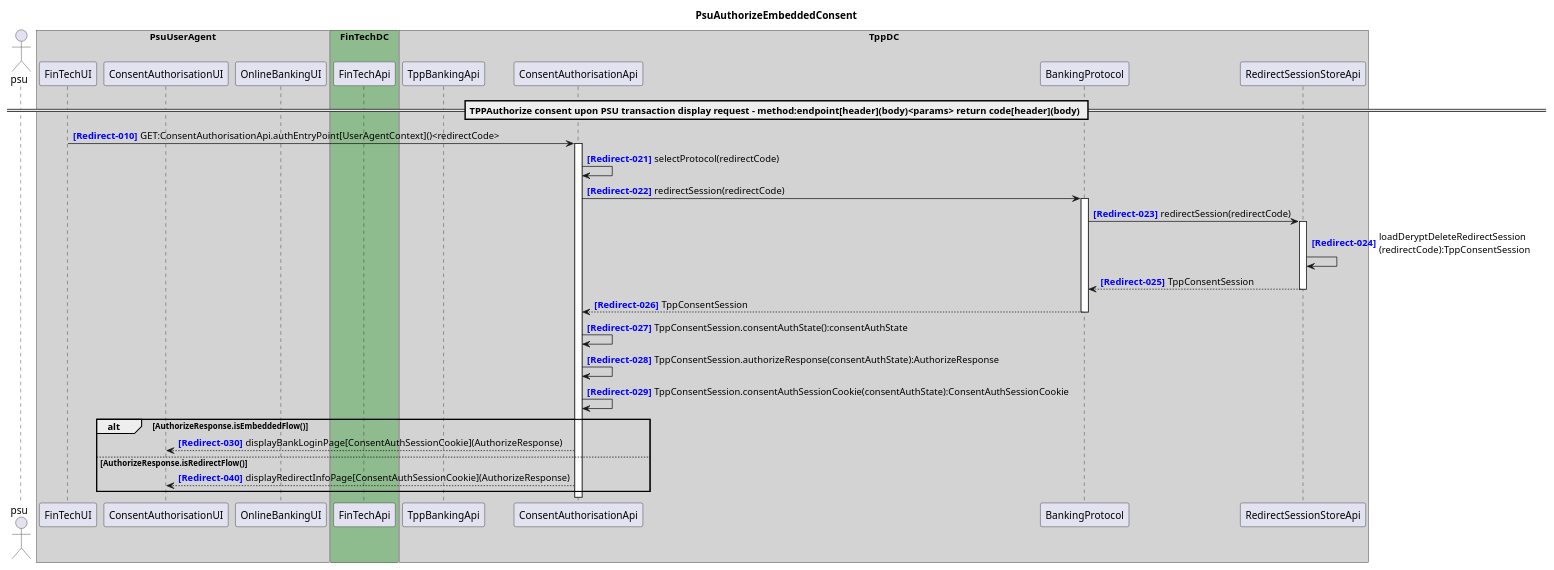
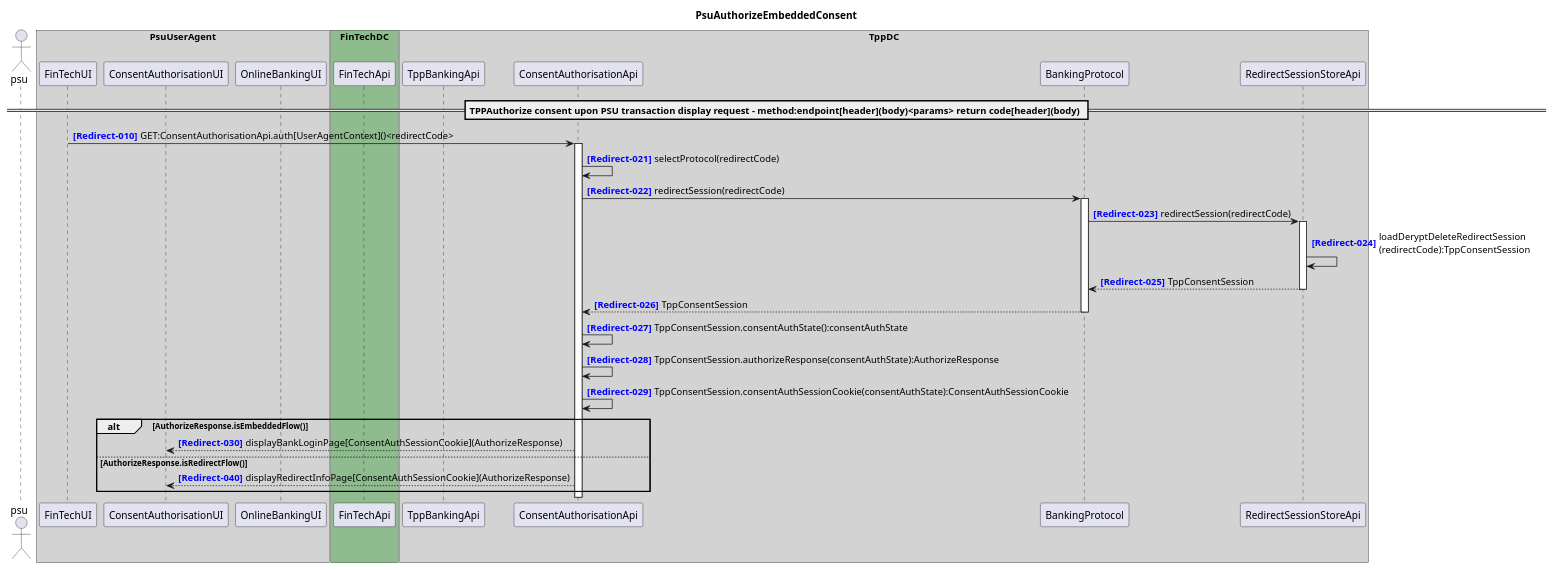
Before and after one commit to adorsys/open-banking-gateway: the diagram in docs/architecture/diagrams/useCases/5-redirectPsuToConsentAPI.puml, drawn with PlantUML. The commit also changed 8 other files, not shown here.

Commit message:
SYnchronized api definition and sequence diagram for ConsentAuthoriazationApi

```diff
--- a/docs/architecture/diagrams/useCases/5-redirectPsuToConsentAPI.puml
+++ b/docs/architecture/diagrams/useCases/5-redirectPsuToConsentAPI.puml
@@ -1,45 +1,45 @@
 @startuml PsuAuthorizeEmbeddedConsent
 title PsuAuthorizeEmbeddedConsent
 autonumber 10 10 "<b><color blue>[Redirect-000]</color></b>"
 actor psu
 
 box "PsuUserAgent" #LightGray
     participant "FinTechUI" as FinTechUI
     participant "ConsentAuthorisationUI" as ConsentAuthorisationUI
     participant "OnlineBankingUI" as OnlineBankingUI
 end box
 box "FinTechDC" #DarkSeaGreen
     participant "FinTechApi" as FinTechApi
 end box
 box "TppDC" #LightGray
     participant "TppBankingApi" as TppBankingApi
     'participant "TppBankSearchApi" as TppBankSearchApi
     participant "ConsentAuthorisationApi" as ConsentAuthorisationApi
 
     participant "BankingProtocol" as BankingProtocol
     participant "RedirectSessionStoreApi" as RedirectSessionStoreApi
 end box
 box "AspspDC" #LightSkyBlue
 	'participant "AspspBankingApi" as AspspBankingApi
     'participant "OnlineBankingApi" as OnlineBankingApi
 end box
 == TPPAuthorize consent upon PSU transaction display request - method:endpoint[header](body)<params> return code[header](body) ==
 
-FinTechUI -> ConsentAuthorisationApi ++ : GET:ConsentAuthorisationApi.authEntryPoint[UserAgentContext]()<redirectCode>
+FinTechUI -> ConsentAuthorisationApi ++ : GET:ConsentAuthorisationApi.auth[UserAgentContext]()<redirectCode>
 autonumber 21 1 "<b><color blue>[Redirect-000]</color></b>"
 ConsentAuthorisationApi -> ConsentAuthorisationApi : selectProtocol(redirectCode)
 ConsentAuthorisationApi -> BankingProtocol ++ : redirectSession(redirectCode)
 BankingProtocol -> RedirectSessionStoreApi ++ : redirectSession(redirectCode)
 RedirectSessionStoreApi -> RedirectSessionStoreApi : loadDeryptDeleteRedirectSession\n(redirectCode):TppConsentSession
 return TppConsentSession
 return TppConsentSession
 ConsentAuthorisationApi -> ConsentAuthorisationApi : TppConsentSession.consentAuthState():consentAuthState
 ConsentAuthorisationApi -> ConsentAuthorisationApi : TppConsentSession.authorizeResponse(consentAuthState):AuthorizeResponse
 ConsentAuthorisationApi -> ConsentAuthorisationApi : TppConsentSession.consentAuthSessionCookie(consentAuthState):ConsentAuthSessionCookie
 autonumber 30 10 "<b><color blue>[Redirect-000]</color></b>"
 alt AuthorizeResponse.isEmbeddedFlow()
 ConsentAuthorisationApi --> ConsentAuthorisationUI : displayBankLoginPage[ConsentAuthSessionCookie](AuthorizeResponse)
 else AuthorizeResponse.isRedirectFlow()
 ConsentAuthorisationApi --> ConsentAuthorisationUI : displayRedirectInfoPage[ConsentAuthSessionCookie](AuthorizeResponse)
 end
 @enduml
```
